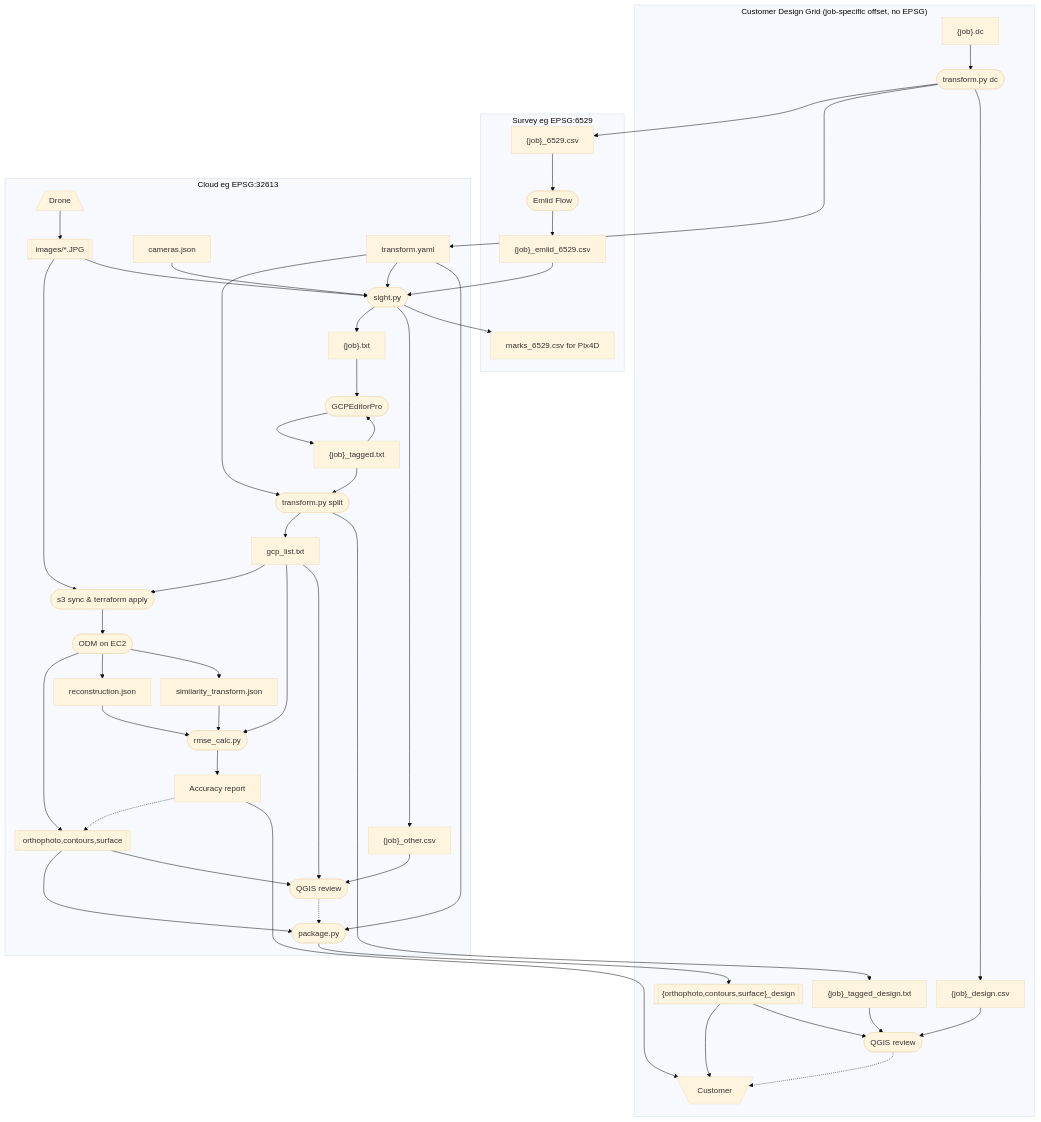
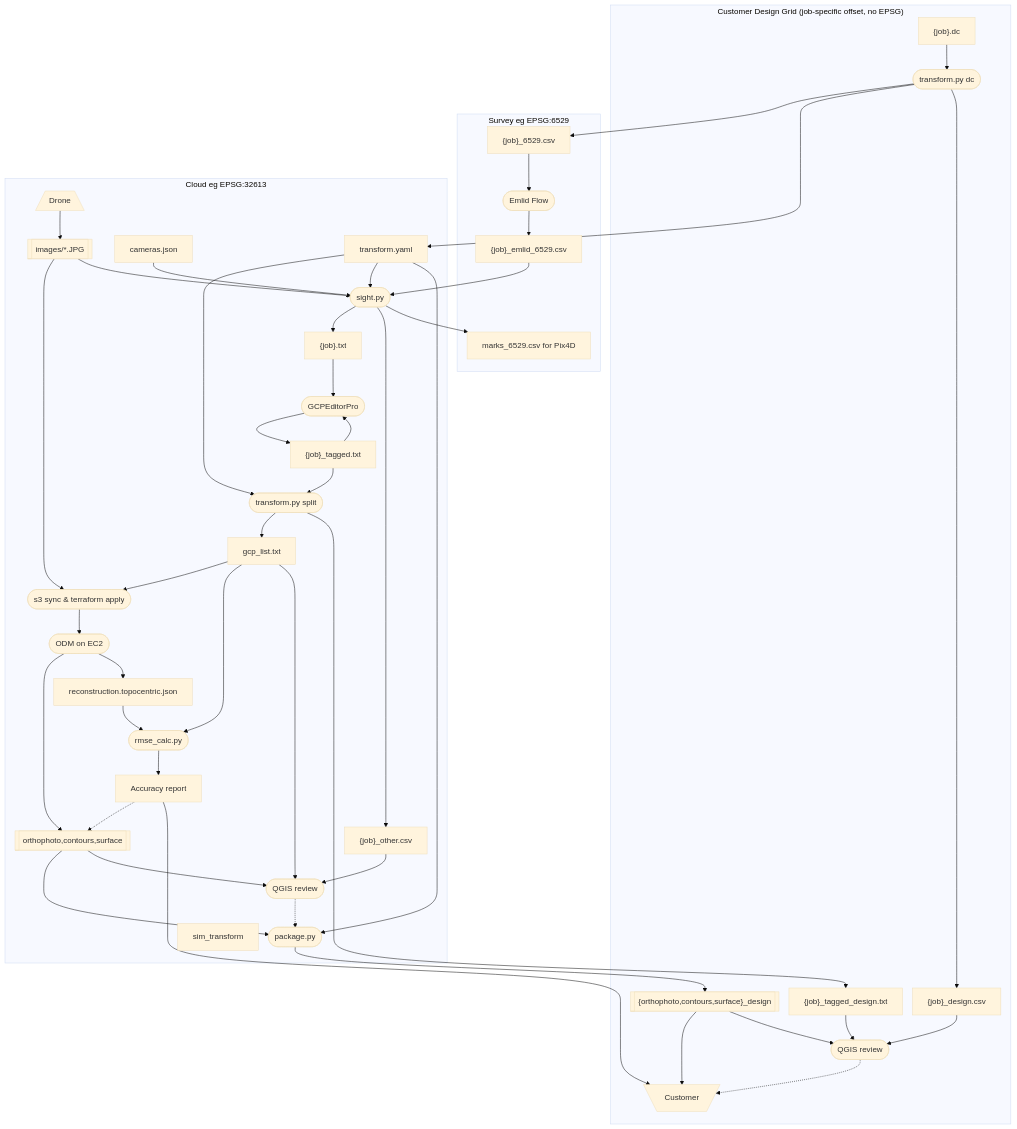
The diagram in docs/odm-workflow.md (jrstear/geo), drawn with Mermaid before and after one commit. The commit also changed other lines of this file and 1 other file, not shown here.

First line of the commit message:
fix: rmse_calc requires reconstruction.topocentric.json; remove --transform-json

```diff
--- a/docs/odm-workflow.md
+++ b/docs/odm-workflow.md
@@ -35,8 +35,7 @@
     packager(["package.py"])
     delivered[["{orthophoto,contours,surface}_design"]]
     report["Accuracy report"]
-    model["reconstruction.json"]
-    sim_transform["similarity_transform.json"]
+    model["reconstruction.topocentric.json"]
     customer[\"Customer"/]
     qgis_cloud(["QGIS review"])
     qgis_design(["QGIS review"])
@@ -106,10 +105,8 @@
     control --> s3
     s3 --> odm --> deliverables
     odm --> model
-    odm --> sim_transform
     control --> rmse
     model --> rmse
-    sim_transform --> rmse
     rmse --> report
     transform_yaml --> packager
     deliverables --> packager
```
